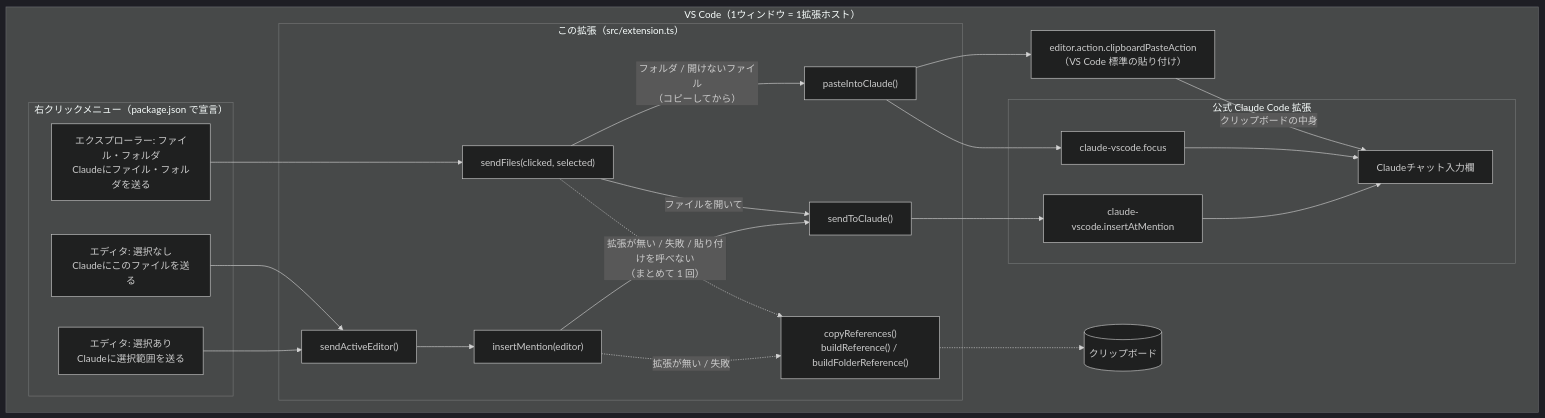
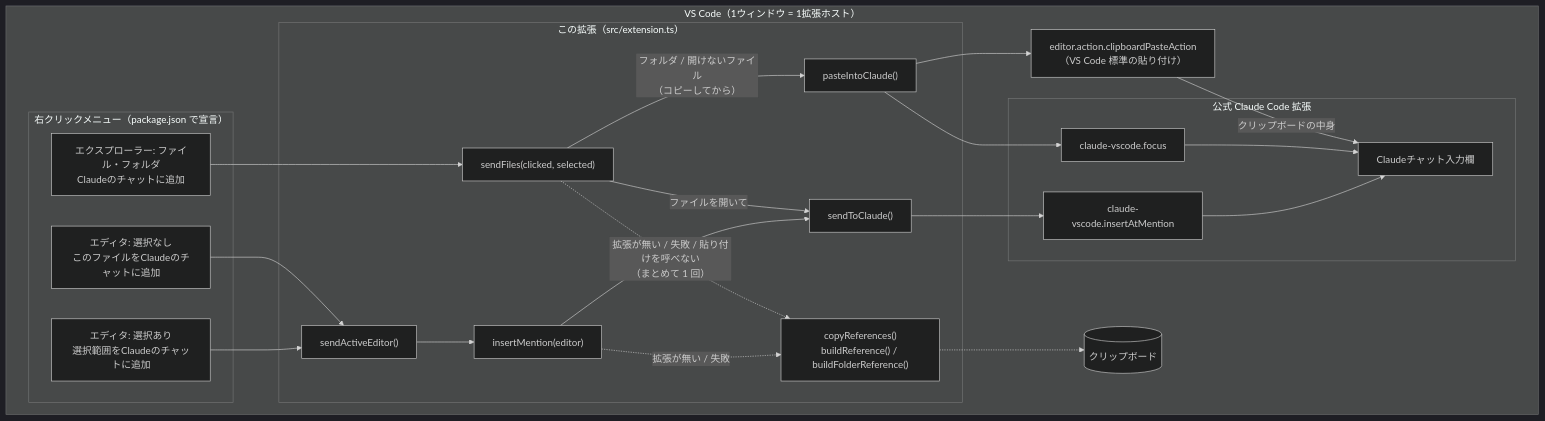
One commit to kip2/refs-to-chat changed the first of 6 diagrams in docs/ARCHITECTURE.md. Above: the diagram before and after it, drawn with Mermaid (dark theme). The commit also changed other lines of this file and 3 other files, not shown here.

````diff
--- a/docs/ARCHITECTURE.md
+++ b/docs/ARCHITECTURE.md
@@ -15,46 +15,46 @@
 ```mermaid
 flowchart LR
   subgraph VSCode["VS Code（1ウィンドウ = 1拡張ホスト）"]
     direction LR
     subgraph Menus["右クリックメニュー（package.json で宣言）"]
-      M1["エディタ: 選択あり<br/>Claudeに選択範囲を送る"]
-      M2["エディタ: 選択なし<br/>Claudeにこのファイルを送る"]
-      M3["エクスプローラー: ファイル・フォルダ<br/>Claudeにファイル・フォルダを送る"]
+      M1["エディタ: 選択あり<br/>選択範囲をClaudeのチャットに追加"]
+      M2["エディタ: 選択なし<br/>このファイルをClaudeのチャットに追加"]
+      M3["エクスプローラー: ファイル・フォルダ<br/>Claudeのチャットに追加"]
     end
 
     subgraph Ext["この拡張（src/extension.ts）"]
       SAE["sendActiveEditor()"]
       SF["sendFiles(clicked, selected)"]
       IM["insertMention(editor)"]
       STC["sendToClaude()"]
       PST["pasteIntoClaude()"]
       FB["copyReferences()<br/>buildReference() / buildFolderReference()"]
     end
 
     subgraph Claude["公式 Claude Code 拡張"]
       C1["claude-vscode.insertAtMention"]
       C2["claude-vscode.focus"]
       P["Claudeチャット入力欄"]
     end
 
     CB[("クリップボード")]
     PASTE["editor.action.clipboardPasteAction<br/>（VS Code 標準の貼り付け）"]
   end
 
   M1 --> SAE
   M2 --> SAE
   M3 --> SF
   SAE --> IM
   IM --> STC
   SF -->|ファイルを開いて| STC
   STC --> C1
   C1 --> P
   SF -->|フォルダ / 開けないファイル<br/>（コピーしてから）| PST
   PST --> C2
   C2 --> P
   PST --> PASTE
   PASTE -->|クリップボードの中身| P
   IM -.->|拡張が無い / 失敗| FB
   SF -.->|拡張が無い / 失敗 / 貼り付けを呼べない<br/>（まとめて 1 回）| FB
   FB -.-> CB
 ```
````
